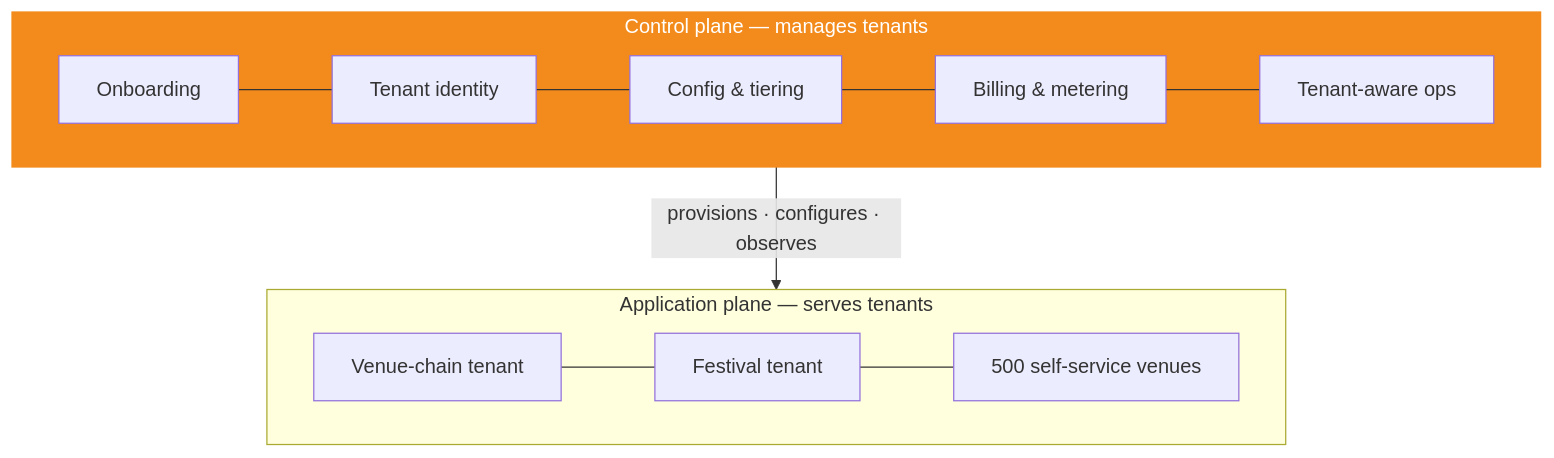
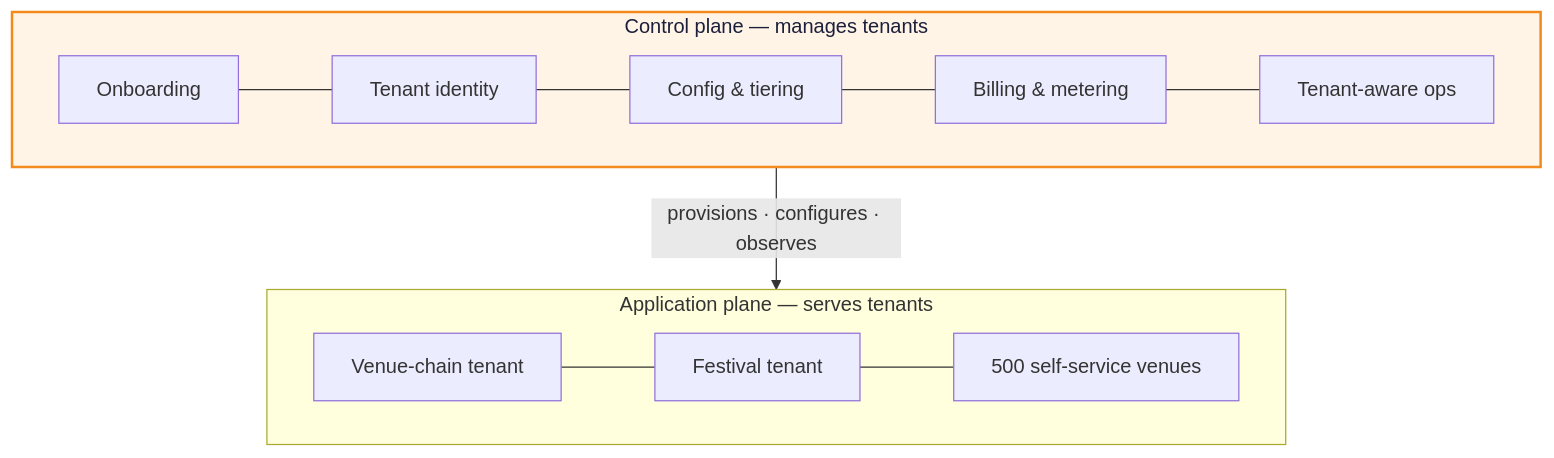
One commit to oleksiyp/arch-book changed diagram 21 of 22 in README.md. Above: the diagram before and after it, drawn with Mermaid. The commit also changed other lines of this file and 2 other files, not shown here.

First line of the commit message:
Mermaid theme overhaul + gradient slash aligned with title

```diff
--- a/README.md
+++ b/README.md
@@ -2060,12 +2063,12 @@
 <pre class="mermaid">
 flowchart TB
     subgraph cp["Control plane — manages tenants"]
         onb["Onboarding"] --- idm["Tenant identity"] --- cfg["Config & tiering"] --- bil["Billing & metering"] --- ops["Tenant-aware ops"]
     end
     subgraph ap["Application plane — serves tenants"]
         t1["Venue-chain tenant"] --- t2["Festival tenant"] --- t3["500 self-service venues"]
     end
     cp -- "provisions · configures · observes" --> ap
-    classDef hot fill:#f38b1c,stroke:#f38b1c,color:#fff
-    class cp hot
+    classDef plane fill:#fff4e6,stroke:#f38b1c,stroke-width:2px,color:#1b1f3b
+    class cp plane
 </pre>
```
